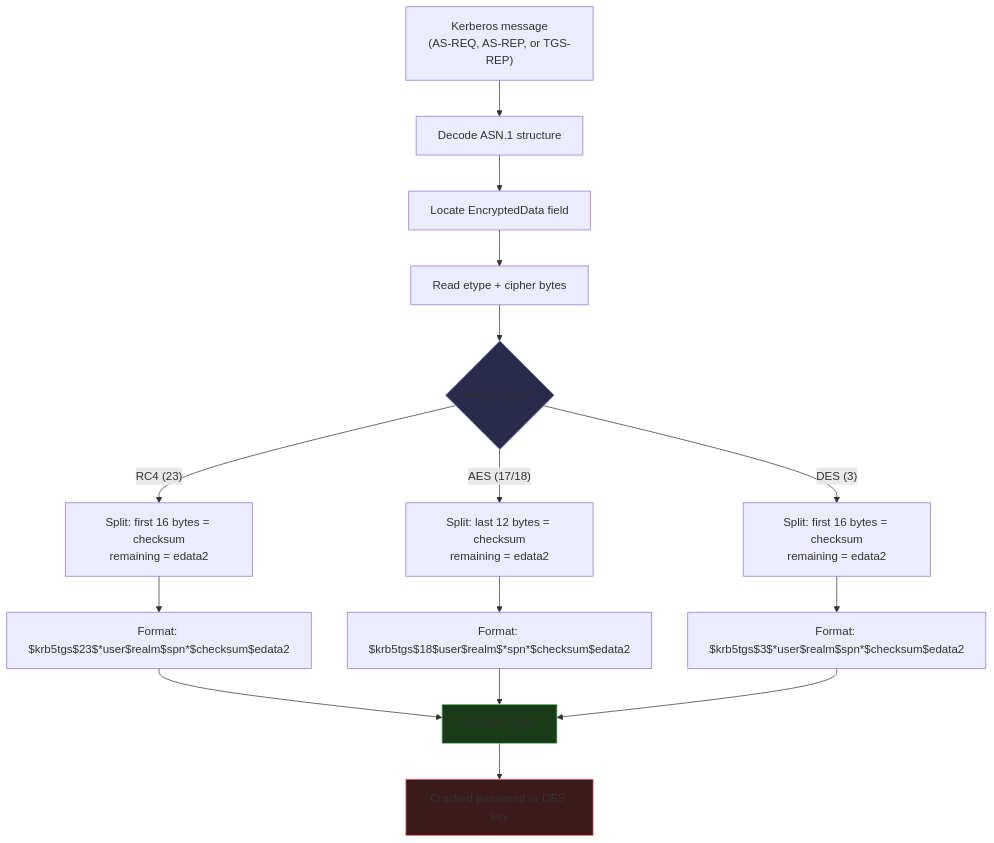
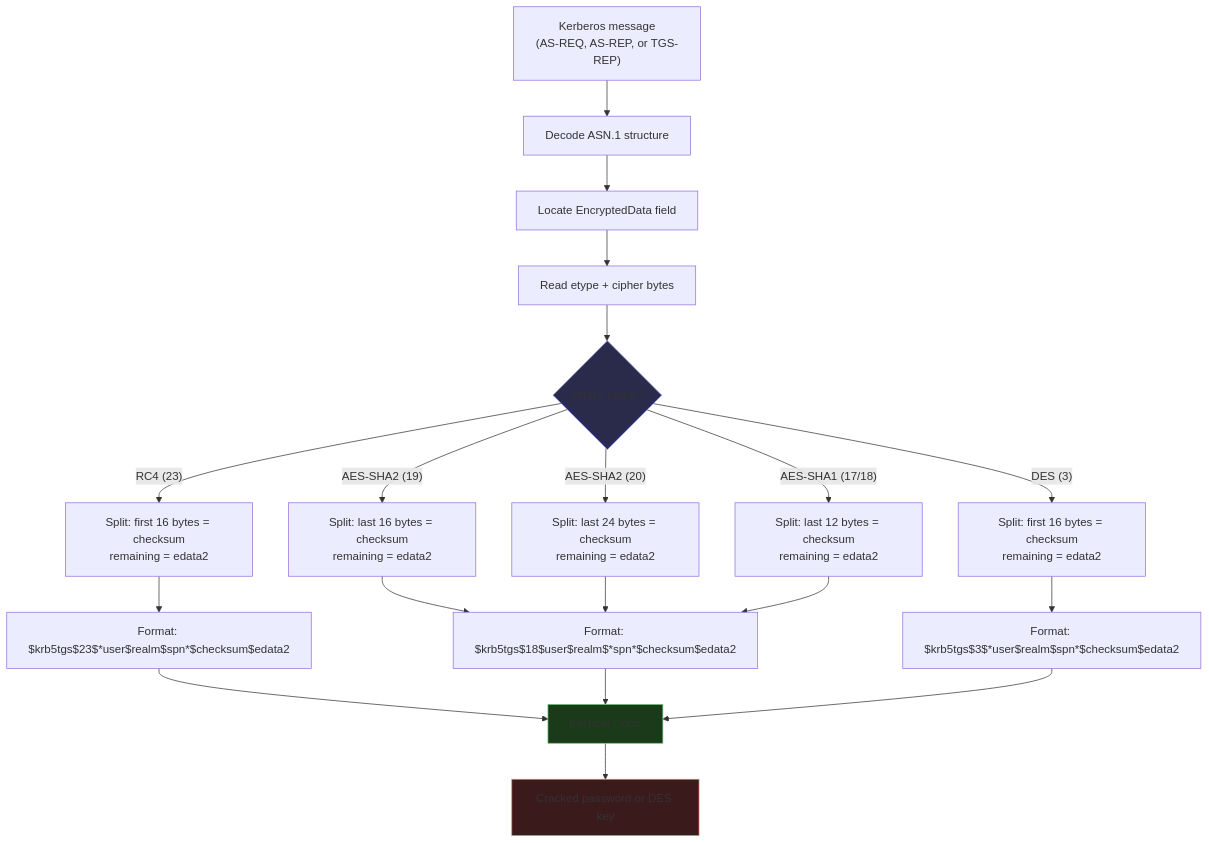
The first of 3 diagrams in docs/guide/hash-formats.md (StrongWind1/KerbWolf), drawn with Mermaid before and after one commit. The commit also changed other lines of this file and 4 other files, not shown here.

````diff
--- a/docs/guide/hash-formats.md
+++ b/docs/guide/hash-formats.md
@@ -13,22 +13,26 @@
 ```mermaid
 flowchart TD
     A["Kerberos message<br/>(AS-REQ, AS-REP, or TGS-REP)"] --> B["Decode ASN.1 structure"]
     B --> C["Locate EncryptedData field"]
     C --> D["Read etype + cipher bytes"]
     D --> E{Which etype?}
 
     E -->|"RC4 (23)"| F["Split: first 16 bytes = checksum<br/>remaining = edata2"]
-    E -->|"AES (17/18)"| G["Split: last 12 bytes = checksum<br/>remaining = edata2"]
+    E -->|"AES-SHA1 (17/18)"| G["Split: last 12 bytes = checksum<br/>remaining = edata2"]
+    E -->|"AES-SHA2 (19)"| G2["Split: last 16 bytes = checksum<br/>remaining = edata2"]
+    E -->|"AES-SHA2 (20)"| G3["Split: last 24 bytes = checksum<br/>remaining = edata2"]
     E -->|"DES (3)"| H["Split: first 16 bytes = checksum<br/>remaining = edata2"]
+    G2 --> J
+    G3 --> J
 
     F --> I["Format: $krb5tgs$23$*user$realm$spn*$checksum$edata2"]
     G --> J["Format: $krb5tgs$18$user$realm$*spn*$checksum$edata2"]
     H --> K["Format: $krb5tgs$3$*user$realm$spn*$checksum$edata2"]
 
     I & J & K --> L["hashcat / john"]
     L --> M["Cracked password or DES key"]
 
     style E fill:#2a2a4a,stroke:#8b8bff
     style L fill:#1a3a1a,stroke:#6bcb77
     style M fill:#3a1a1a,stroke:#ff6b6b
 ```
````
